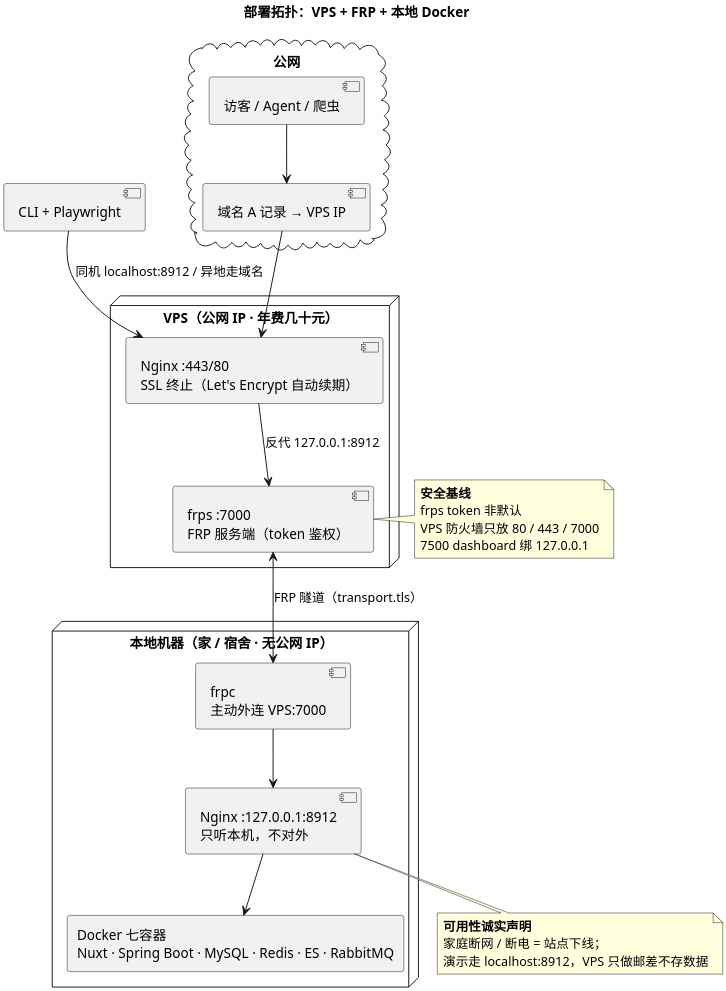
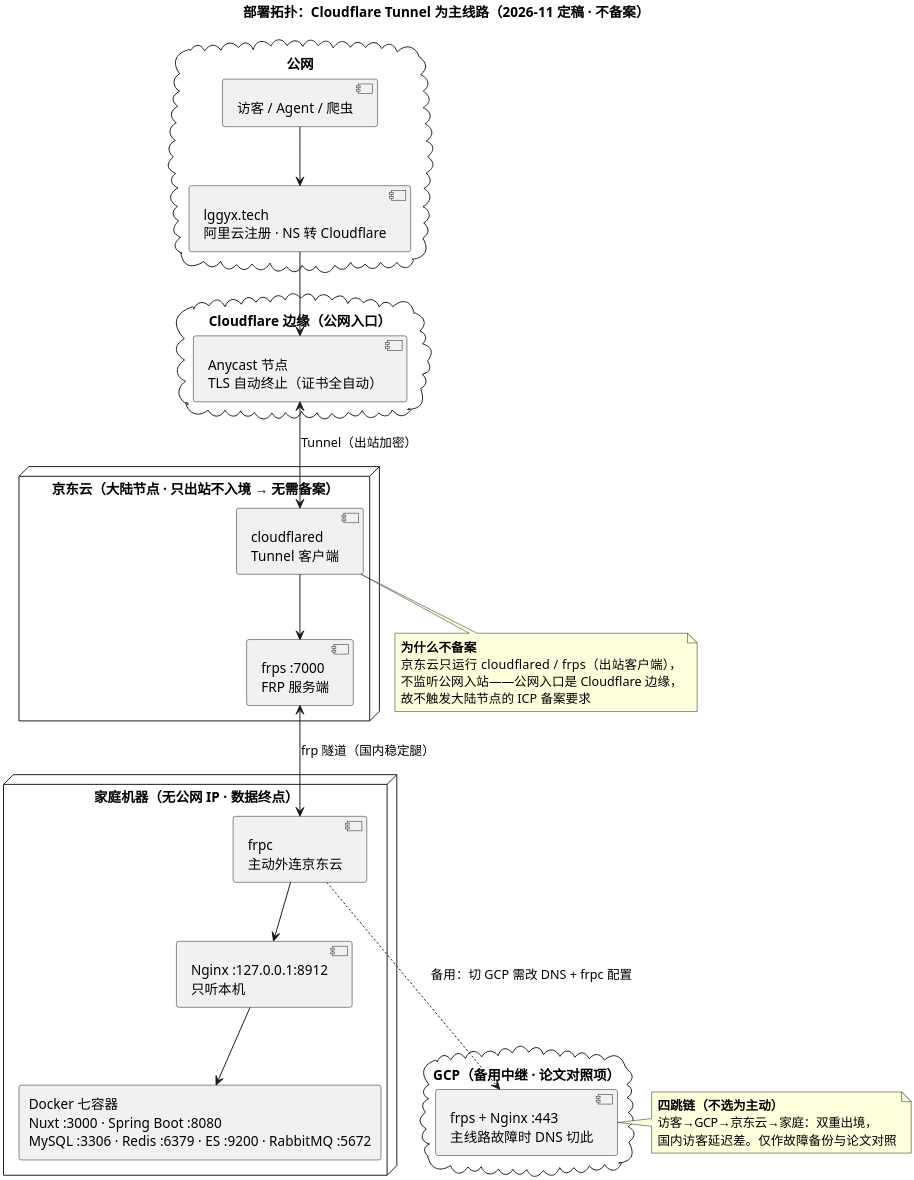
Before and after one commit to lggyx/inkpress2agent: the diagram in docs/assets/PRD/puml/07-部署拓扑.puml, drawn with PlantUML. The commit also changed 2 other files, not shown here.

Commit message:
docs(prd): 部署方案定稿——Cloudflare Tunnel 主线路（不备案）

```diff
--- a/docs/assets/PRD/puml/07-部署拓扑.puml
+++ b/docs/assets/PRD/puml/07-部署拓扑.puml
@@ -1,46 +1,53 @@
 @startuml 07-部署拓扑
 skinparam dpi 300
 skinparam shadowing false
 skinparam defaultFontName Microsoft YaHei
-title 部署拓扑：VPS + FRP + 本地 Docker
+title 部署拓扑：Cloudflare Tunnel 为主线路（2026-11 定稿 · 不备案）
 
 cloud "公网" {
   [访客 / Agent / 爬虫] as VIS
-  [域名 A 记录 → VPS IP] as DNS
+  [lggyx.tech\n阿里云注册 · NS 转 Cloudflare] as DNS
 }
 
-node "VPS（公网 IP · 年费几十元）" {
-  [Nginx :443/80\nSSL 终止（Let's Encrypt 自动续期）] as VN
-  [frps :7000\nFRP 服务端（token 鉴权）] as FS
-  VN --> FS : 反代 127.0.0.1:8912
+cloud "Cloudflare 边缘（公网入口）" {
+  [Anycast 节点\nTLS 自动终止（证书全自动）] as CF
 }
 
-node "本地机器（家 / 宿舍 · 无公网 IP）" {
-  [frpc\n主动外连 VPS:7000] as FC
-  [Nginx :127.0.0.1:8912\n只听本机，不对外] as HN
-  rectangle "Docker 七容器\nNuxt · Spring Boot · MySQL · Redis · ES · RabbitMQ" as DOC
+node "京东云（大陆节点 · 只出站不入境 → 无需备案）" {
+  [cloudflared\nTunnel 客户端] as CFD
+  [frps :7000\nFRP 服务端] as FS
+}
+
+node "家庭机器（无公网 IP · 数据终点）" {
+  [frpc\n主动外连京东云] as FC
+  [Nginx :127.0.0.1:8912\n只听本机] as HN
+  rectangle "Docker 七容器\nNuxt :3000 · Spring Boot :8080\nMySQL :3306 · Redis :6379 · ES :9200 · RabbitMQ :5672" as DOC
   FC --> HN
   HN --> DOC
 }
 
-[CLI + Playwright] as CLI
+cloud "GCP（备用中继 · 论文对照项）" {
+  [frps + Nginx :443\n主线路故障时 DNS 切此] as GCP
+}
 
 VIS --> DNS
-DNS --> VN
-FS <--> FC : FRP 隧道（transport.tls）
-CLI --> VN : 同机 localhost:8912 / 异地走域名
+DNS --> CF
+CF <--> CFD : Tunnel（出站加密）
+CFD --> FS
+FS <--> FC : frp 隧道（国内稳定腿）
+FC -.-> GCP : 备用：切 GCP 需改 DNS + frpc 配置
 
-note right of FS
-  **安全基线**
-  frps token 非默认
-  VPS 防火墙只放 80 / 443 / 7000
-  7500 dashboard 绑 127.0.0.1
+note bottom of CFD
+  **为什么不备案**
+  京东云只运行 cloudflared / frps（出站客户端），
+  不监听公网入站——公网入口是 Cloudflare 边缘，
+  故不触发大陆节点的 ICP 备案要求
 end note
 
-note bottom of HN
-  **可用性诚实声明**
-  家庭断网 / 断电 = 站点下线；
-  演示走 localhost:8912，VPS 只做邮差不存数据
+note right of GCP
+  **四跳链（不选为主动）**
+  访客→GCP→京东云→家庭：双重出境，
+  国内访客延迟差。仅作故障备份与论文对照
 end note
 
 @enduml
```
